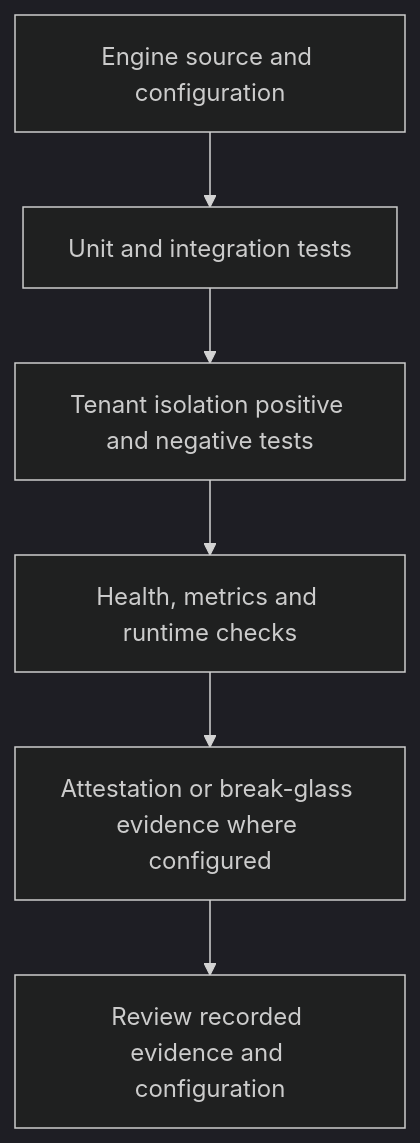
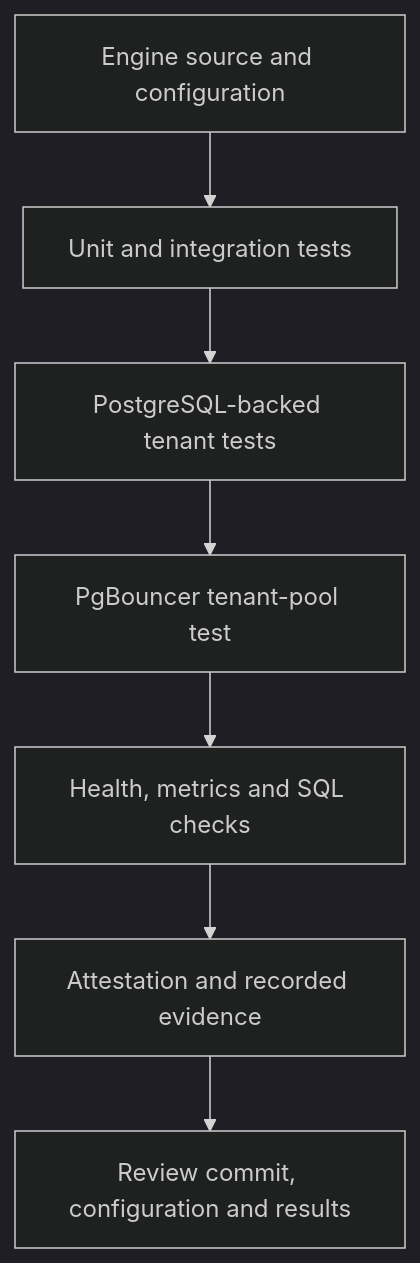
Before and after one commit to Agata-Proxima/proxima-engine: the diagram in docs/VERIFICATION.md, drawn with Mermaid (dark theme). The commit also changed other lines of this file and 23 other files, not shown here.

````diff
--- a/docs/VERIFICATION.md
+++ b/docs/VERIFICATION.md
@@ -7,8 +7,9 @@
 ```mermaid
 flowchart TD
-  Source[Engine source and configuration] --> Tests[Unit and integration tests]
-  Tests --> Isolation[Tenant isolation positive and negative tests]
-  Isolation --> Runtime[Health, metrics and runtime checks]
-  Runtime --> Evidence[Attestation or break-glass evidence where configured]
-  Evidence --> Review[Review recorded evidence and configuration]
+  Source[Engine source and configuration] --> Rust[Unit and integration tests]
+  Rust --> PG[PostgreSQL-backed tenant tests]
+  PG --> Pool[PgBouncer tenant-pool test]
+  Pool --> Runtime[Health, metrics and SQL checks]
+  Runtime --> Evidence[Attestation and recorded evidence]
+  Evidence --> Review[Review commit, configuration and results]
 ```
````
